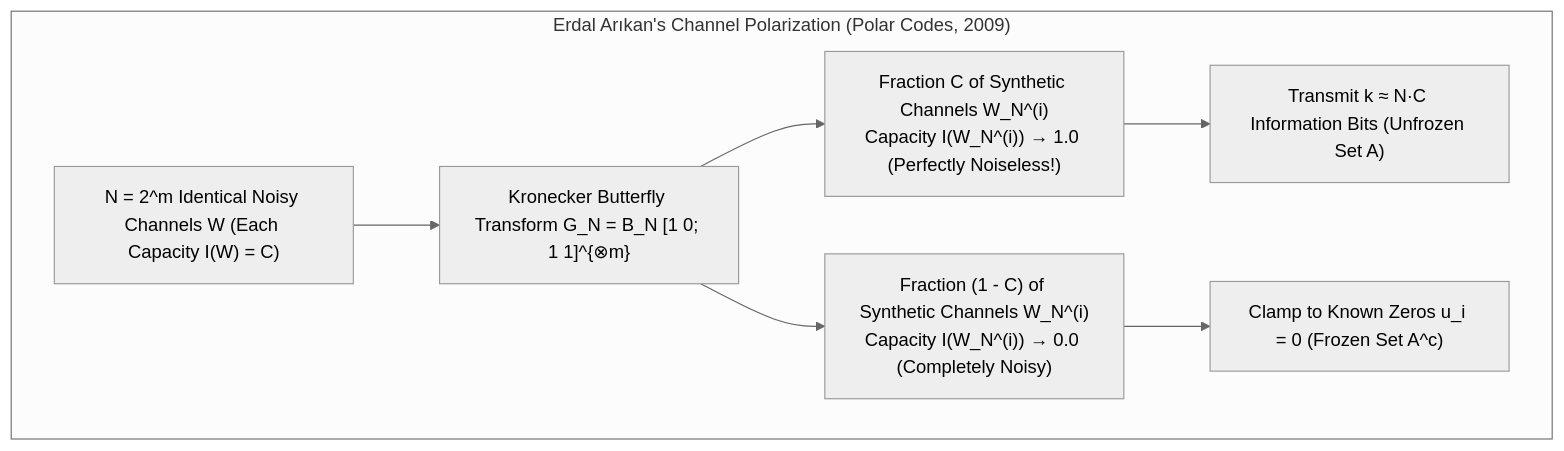
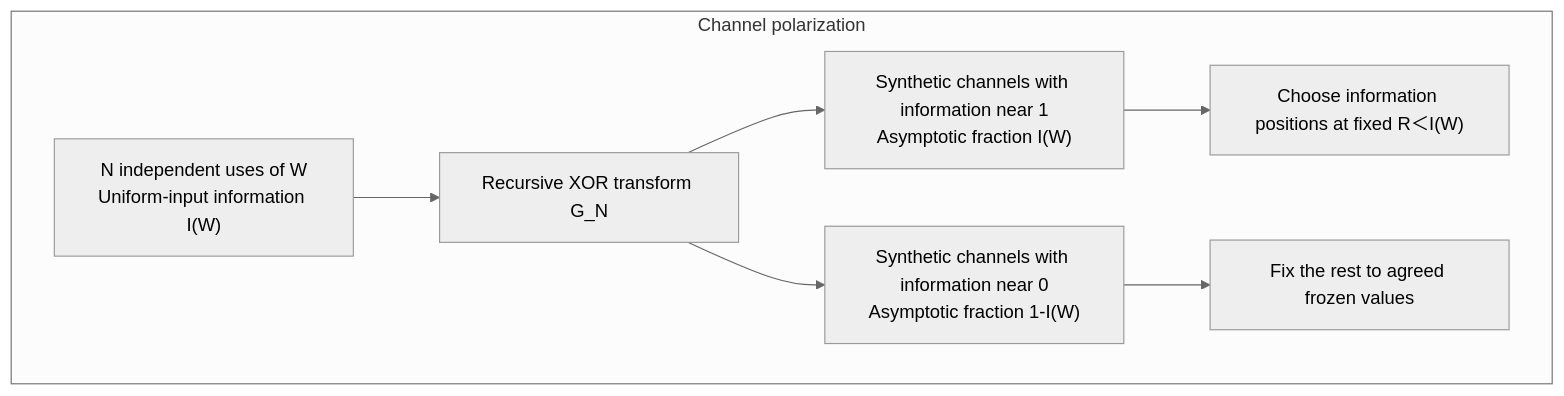
One commit to kenjinote/blog changed the fourth of 4 diagrams in content/post/error-correcting-codes-hamming-reed-solomon-ldpc-shannon-capacity-information-theory/index.en.md. Above: the diagram before and after it, drawn with Mermaid (neutral theme). The commit also changed other lines of this file and 15 other files, not shown here.

````diff
--- a/content/post/error-correcting-codes-hamming-reed-solomon-ldpc-shannon-capacity-information-theory/index.en.md
+++ b/content/post/error-correcting-codes-hamming-reed-solomon-ldpc-shannon-capacity-information-theory/index.en.md
@@ -406,10 +554,10 @@
 ```mermaid
 flowchart TD
-    subgraph Polar["Erdal Arıkan's Channel Polarization (Polar Codes, 2009)"]
-        W["N = 2^m Identical Noisy Channels W (Each Capacity I(W) = C)"] --> K["Kronecker Butterfly Transform G_N = B_N [1 0; 1 1]^{⊗m}"]
-        K --> Good["Fraction C of Synthetic Channels W_N^(i)<br/>Capacity I(W_N^(i)) → 1.0 (Perfectly Noiseless!)"]
-        K --> Bad["Fraction (1 - C) of Synthetic Channels W_N^(i)<br/>Capacity I(W_N^(i)) → 0.0 (Completely Noisy)"]
-        Good --> Unfrozen["Transmit k ≈ N·C Information Bits (Unfrozen Set A)"]
-        Bad --> Frozen["Clamp to Known Zeros u_i = 0 (Frozen Set A^c)"]
+    subgraph Polar["Channel polarization"]
+        W["N independent uses of W<br/>Uniform-input information I(W)"] --> Kron["Recursive XOR transform G_N"]
+        Kron --> Good["Synthetic channels with information near 1<br/>Asymptotic fraction I(W)"]
+        Kron --> Bad["Synthetic channels with information near 0<br/>Asymptotic fraction 1-I(W)"]
+        Good --> Info["Choose information positions at fixed R＜I(W)"]
+        Bad --> Frozen["Fix the rest to agreed frozen values"]
     end
 ```
````
